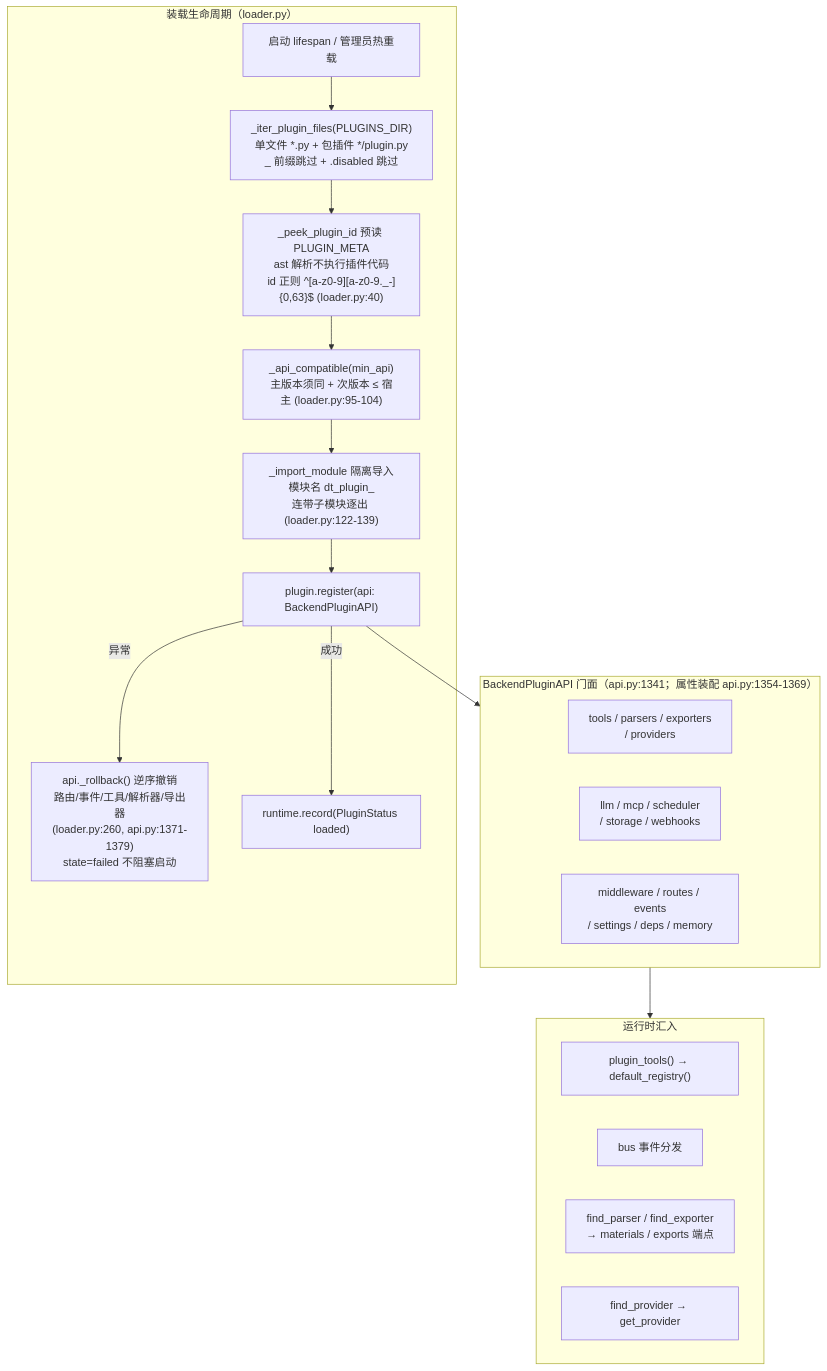
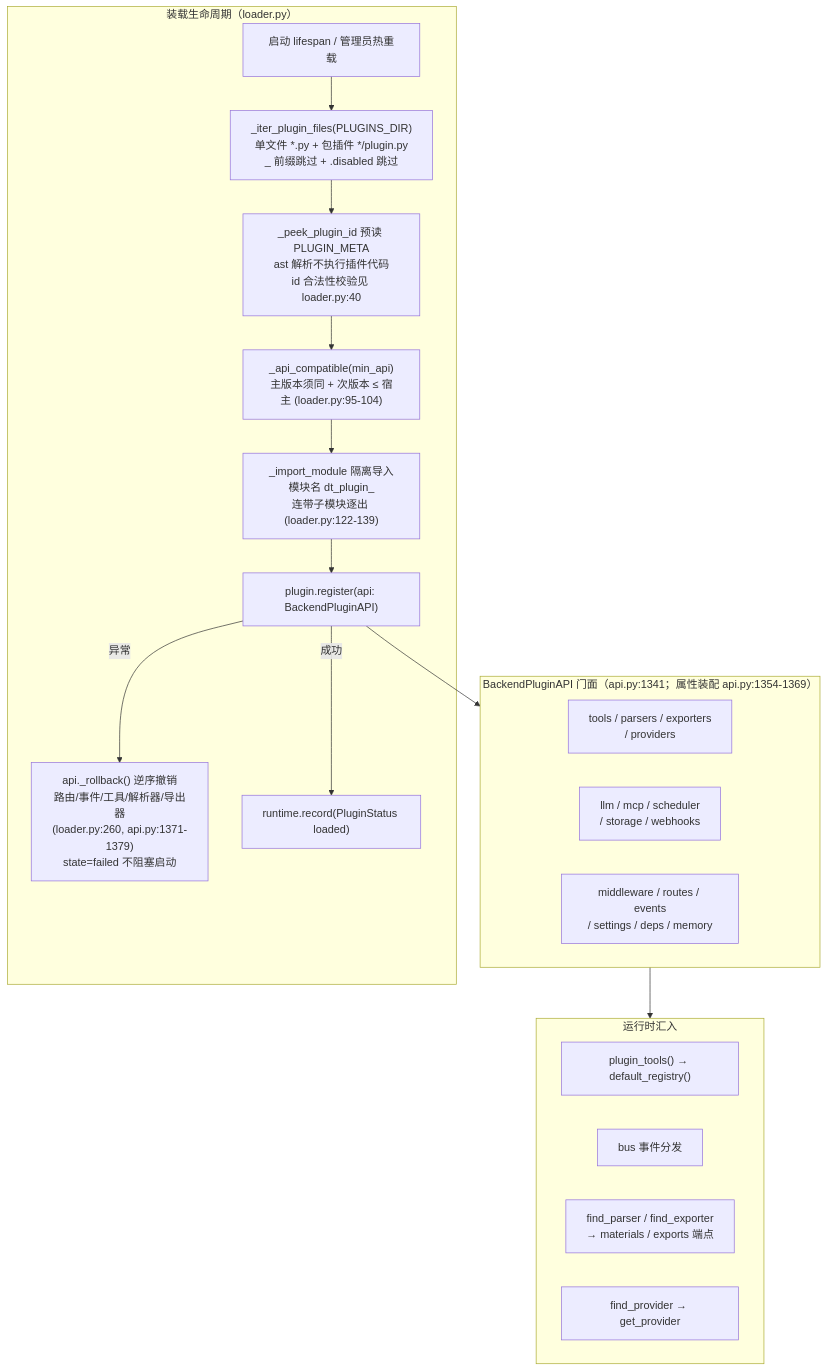
The diagram in note/07-插件系统.md (hershate/Deep-tutor), drawn with Mermaid before and after one commit. The commit also changed other lines of this file, not shown here.

````diff
--- a/note/07-插件系统.md
+++ b/note/07-插件系统.md
@@ -19,26 +19,26 @@
 ```mermaid
 flowchart TB
     subgraph Lifecycle["装载生命周期（loader.py）"]
         START["启动 lifespan / 管理员热重载"] --> SCAN["_iter_plugin_files(PLUGINS_DIR)<br/>单文件 *.py + 包插件 */plugin.py<br/>_ 前缀跳过 + .disabled 跳过"]
-        SCAN --> PEEK["_peek_plugin_id 预读 PLUGIN_META<br/>ast 解析不执行插件代码<br/>id 正则 ^[a-z0-9][a-z0-9._-]{0,63}$ (loader.py:40)"]
+        SCAN --> PEEK["_peek_plugin_id 预读 PLUGIN_META<br/>ast 解析不执行插件代码<br/>id 合法性校验见 loader.py:40"]
         PEEK --> VER["_api_compatible(min_api)<br/>主版本须同 + 次版本 ≤ 宿主 (loader.py:95-104)"]
         VER --> IMPORT["_import_module 隔离导入<br/>模块名 dt_plugin_<id><br/>连带子模块逐出 (loader.py:122-139)"]
         IMPORT --> REG["plugin.register(api: BackendPluginAPI)"]
         REG -->|异常| RB["api._rollback() 逆序撤销<br/>路由/事件/工具/解析器/导出器<br/>(loader.py:260, api.py:1371-1379)<br/>state=failed 不阻塞启动"]
         REG -->|成功| RUNTIME["runtime.record(PluginStatus loaded)"]
     end
     subgraph Facade["BackendPluginAPI 门面（api.py:1341；属性装配 api.py:1354-1369）"]
         direction LR
         F1["tools / parsers / exporters<br/>/ providers"]
         F2["llm / mcp / scheduler<br/>/ storage / webhooks"]
         F3["middleware / routes / events<br/>/ settings / deps / memory"]
     end
     subgraph Runtime["运行时汇入"]
         R1["plugin_tools() → default_registry()"]
         R2["bus 事件分发"]
         R3["find_parser / find_exporter<br/>→ materials / exports 端点"]
         R4["find_provider → get_provider"]
     end
     REG --> Facade
     Facade --> Runtime
 ```
````
